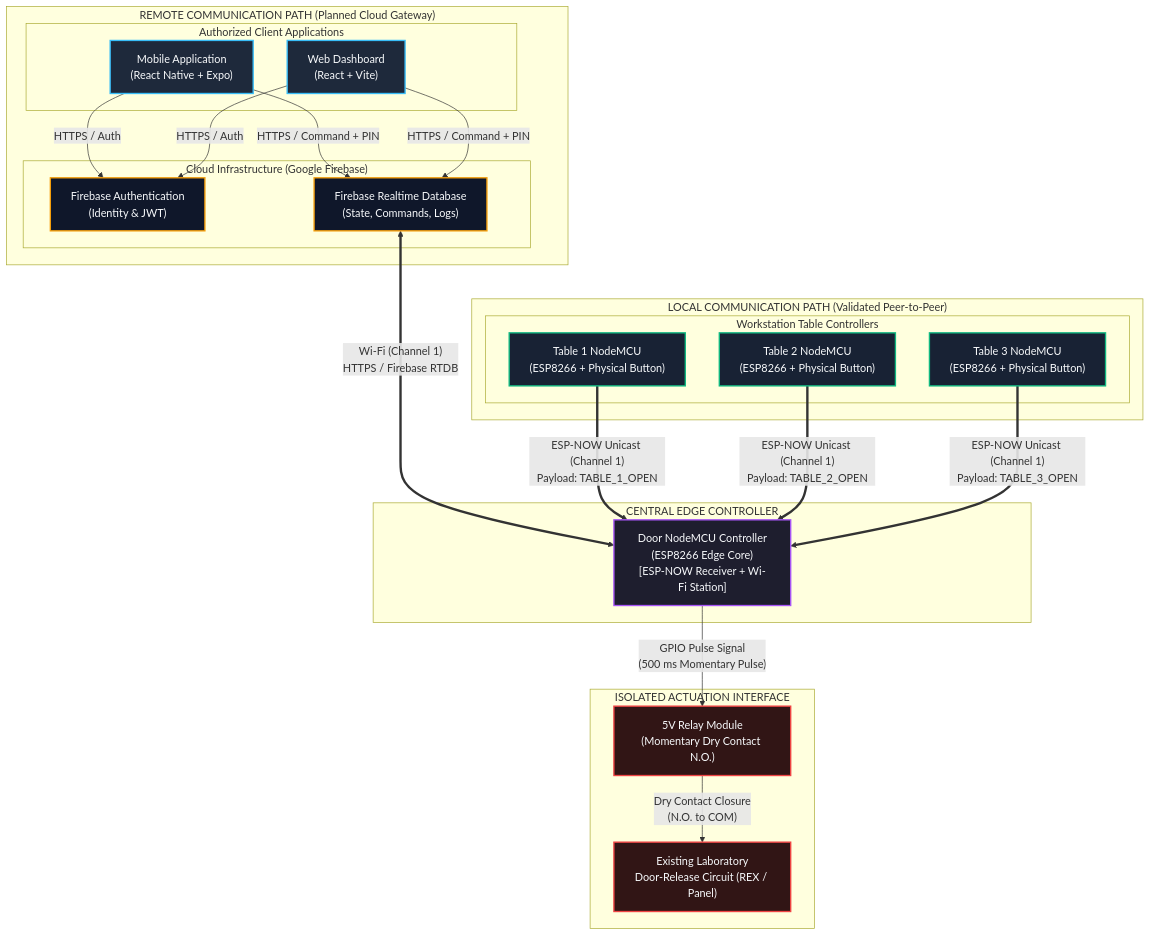
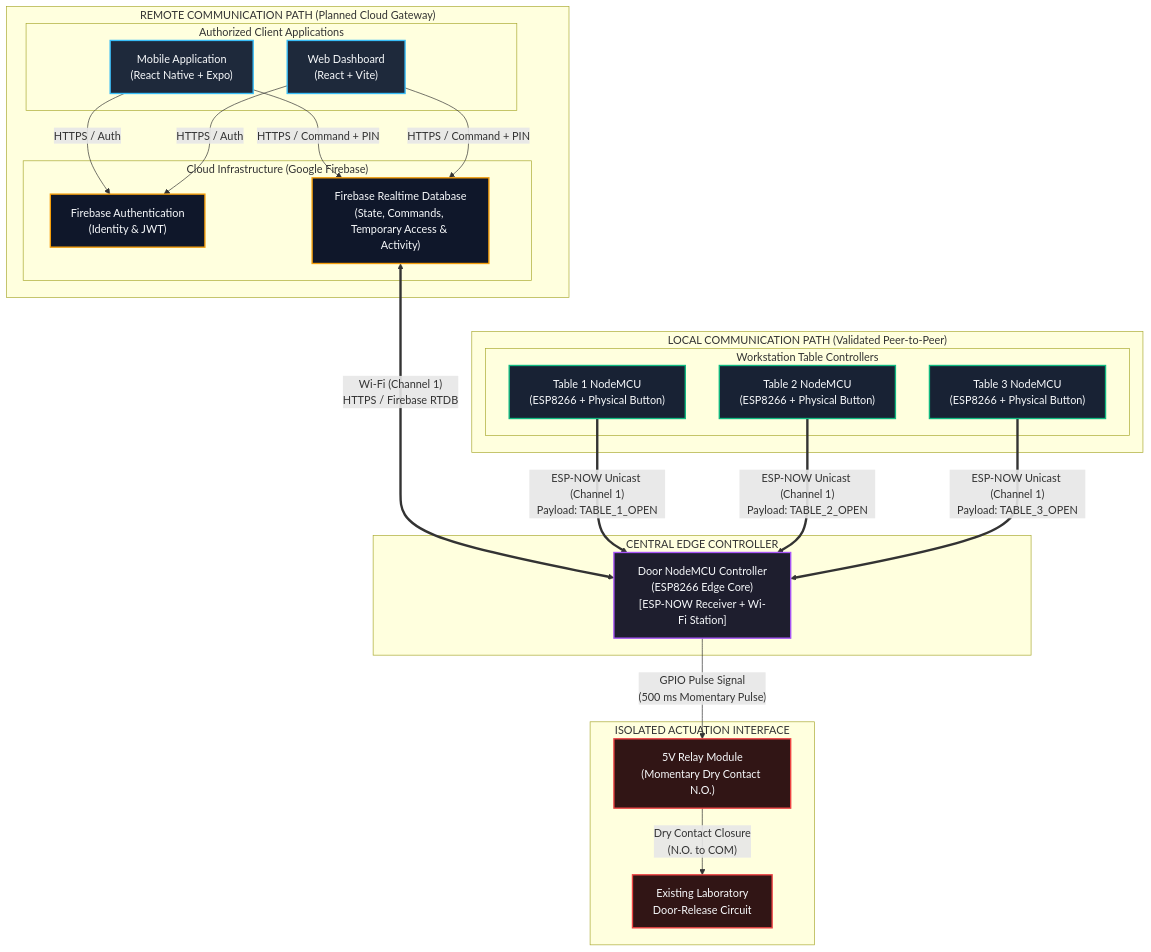
The diagram in docs/architecture.md (sanskritijain0206-code/vajrax-smart-door), drawn with Mermaid before and after one commit. The commit also changed other lines of this file, not shown here.

Commit message:
docs: update architecture for temporary access

````diff
--- a/docs/architecture.md
+++ b/docs/architecture.md
@@ -40,54 +40,54 @@
 ```mermaid
 flowchart TD
     %% Styling Definitions
     classDef client fill:#1e293b,stroke:#38bdf8,stroke-width:2px,color:#f8fafc;
     classDef cloud fill:#0f172a,stroke:#f59e0b,stroke-width:2px,color:#f8fafc;
     classDef edge fill:#1e1e2e,stroke:#a855f7,stroke-width:2px,color:#f8fafc;
     classDef local fill:#182234,stroke:#10b981,stroke-width:2px,color:#f8fafc;
     classDef hardware fill:#311515,stroke:#ef4444,stroke-width:2px,color:#f8fafc;
 
     subgraph REMOTE_PATH["REMOTE COMMUNICATION PATH (Planned Cloud Gateway)"]
         subgraph CLIENTS["Authorized Client Applications"]
             MOB["Mobile Application<br/>(React Native + Expo)"]:::client
             WEB["Web Dashboard<br/>(React + Vite)"]:::client
         end
 
         subgraph CLOUD["Cloud Infrastructure (Google Firebase)"]
             F_AUTH["Firebase Authentication<br/>(Identity & JWT)"]:::cloud
-            F_RTDB["Firebase Realtime Database<br/>(State, Commands, Logs)"]:::cloud
+            F_RTDB["Firebase Realtime Database<br/>(State, Commands, Temporary Access & Activity)"]:::cloud
         end
     end
 
     subgraph LOCAL_PATH["LOCAL COMMUNICATION PATH (Validated Peer-to-Peer)"]
         subgraph TABLE_NODES["Workstation Table Controllers"]
             T1["Table 1 NodeMCU<br/>(ESP8266 + Physical Button)"]:::local
             T2["Table 2 NodeMCU<br/>(ESP8266 + Physical Button)"]:::local
             T3["Table 3 NodeMCU<br/>(ESP8266 + Physical Button)"]:::local
         end
     end
 
     subgraph EDGE_LAYER["CENTRAL EDGE CONTROLLER"]
         DOOR_MCU["Door NodeMCU Controller<br/>(ESP8266 Edge Core)<br/>[ESP-NOW Receiver + Wi-Fi Station]"]:::edge
     end
 
     subgraph ACTUATION_LAYER["ISOLATED ACTUATION INTERFACE"]
         RELAY["5V Relay Module<br/>(Momentary Dry Contact N.O.)"]:::hardware
-        DOOR_CIRCUIT["Existing Laboratory<br/>Door-Release Circuit (REX / Panel)"]:::hardware
+        DOOR_CIRCUIT["Existing Laboratory<br/>Door-Release Circuit"]:::hardware
     end
 
     %% Remote Path Connections
     MOB -->|"HTTPS / Auth"| F_AUTH
     WEB -->|"HTTPS / Auth"| F_AUTH
     MOB -->|"HTTPS / Command + PIN"| F_RTDB
     WEB -->|"HTTPS / Command + PIN"| F_RTDB
     F_RTDB <===>|"Wi-Fi (Channel 1)<br/>HTTPS / Firebase RTDB"| DOOR_MCU
 
     %% Local Path Connections
     T1 ==>|"ESP-NOW Unicast (Channel 1)<br/>Payload: TABLE_1_OPEN"| DOOR_MCU
     T2 ==>|"ESP-NOW Unicast (Channel 1)<br/>Payload: TABLE_2_OPEN"| DOOR_MCU
     T3 ==>|"ESP-NOW Unicast (Channel 1)<br/>Payload: TABLE_3_OPEN"| DOOR_MCU
 
     %% Edge to Actuation Connections
     DOOR_MCU -->|"GPIO Pulse Signal<br/>(500 ms Momentary Pulse)"| RELAY
     RELAY -->|"Dry Contact Closure<br/>(N.O. to COM)"| DOOR_CIRCUIT
 ```
````
